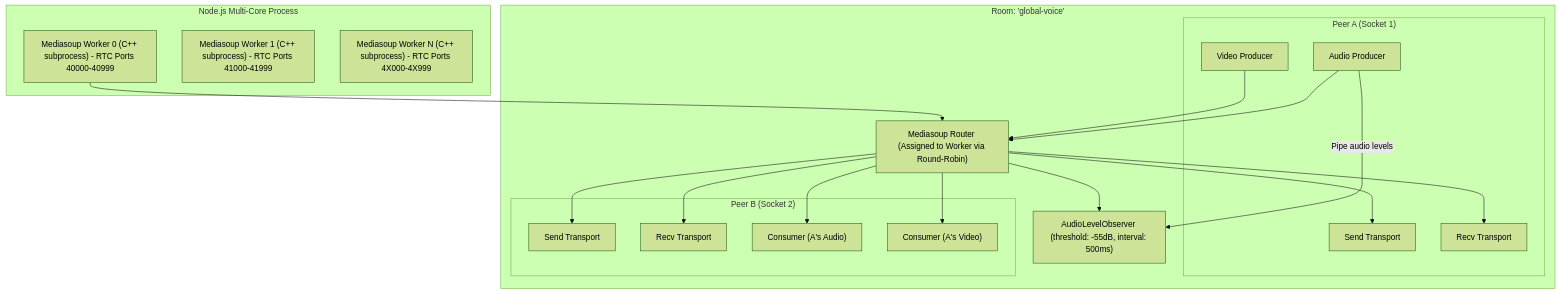
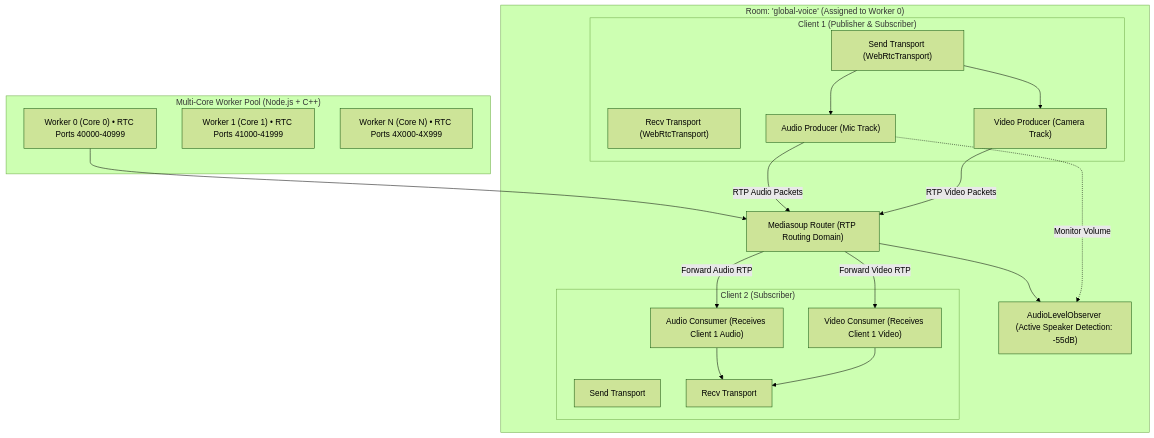
Before and after one commit to sulaimankhan8/demo-discord: the fourth of 4 diagrams in docs/02_WEBRTC_AUDIO_VIDEO_DEEP_DIVE.md, drawn with Mermaid (forest theme). The commit also changed other lines of this file, not shown here.

````diff
--- a/docs/02_WEBRTC_AUDIO_VIDEO_DEEP_DIVE.md
+++ b/docs/02_WEBRTC_AUDIO_VIDEO_DEEP_DIVE.md
@@ -88,40 +249,37 @@
 ```mermaid
 flowchart TD
-    subgraph MultiCore["Node.js Multi-Core Process"]
-        W0["Mediasoup Worker 0 (C++ subprocess) - RTC Ports 40000-40999"]
-        W1["Mediasoup Worker 1 (C++ subprocess) - RTC Ports 41000-41999"]
-        WN["Mediasoup Worker N (C++ subprocess) - RTC Ports 4X000-4X999"]
+    subgraph MultiCore["Multi-Core Worker Pool (Node.js + C++)"]
+        W0["Worker 0 (Core 0) • RTC Ports 40000-40999"]
+        W1["Worker 1 (Core 1) • RTC Ports 41000-41999"]
+        WN["Worker N (Core N) • RTC Ports 4X000-4X999"]
     end
 
-    subgraph RoomState["Room: 'global-voice'"]
-        Router["Mediasoup Router (Assigned to Worker via Round-Robin)"]
-        AudioObs["AudioLevelObserver (threshold: -55dB, interval: 500ms)"]
-        
-        subgraph PeerA["Peer A (Socket 1)"]
-            SendT_A["Send Transport"]
-            RecvT_A["Recv Transport"]
-            Prod_AudioA["Audio Producer"]
-            Prod_VideoA["Video Producer"]
+    subgraph ChannelRoom["Room: 'global-voice' (Assigned to Worker 0)"]
+        Router["Mediasoup Router (RTP Routing Domain)"]
+        AudioObs["AudioLevelObserver (Active Speaker Detection: -55dB)"]
+
+        subgraph Client1["Client 1 (Publisher & Subscriber)"]
+            SendT1["Send Transport (WebRtcTransport)"]
+            RecvT1["Recv Transport (WebRtcTransport)"]
+            ProdA1["Audio Producer (Mic Track)"]
+            ProdV1["Video Producer (Camera Track)"]
         end
-        
-        subgraph PeerB["Peer B (Socket 2)"]
-            SendT_B["Send Transport"]
-            RecvT_B["Recv Transport"]
-            Cons_AudioB["Consumer (A's Audio)"]
-            Cons_VideoB["Consumer (A's Video)"]
+
+        subgraph Client2["Client 2 (Subscriber)"]
+            SendT2["Send Transport"]
+            RecvT2["Recv Transport"]
+            ConsA2["Audio Consumer (Receives Client 1 Audio)"]
+            ConsV2["Video Consumer (Receives Client 1 Video)"]
         end
     end
 
     W0 --> Router
     Router --> AudioObs
-    Router --> SendT_A
-    Router --> RecvT_A
-    Router --> SendT_B
-    Router --> RecvT_B
-
-    Prod_AudioA --> Router
-    Prod_VideoA --> Router
-    Router --> Cons_AudioB
-    Router --> Cons_VideoB
-    Prod_AudioA -->|Pipe audio levels| AudioObs
+    SendT1 --> ProdA1 & ProdV1
+    ProdA1 -->|RTP Audio Packets| Router
+    ProdV1 -->|RTP Video Packets| Router
+    Router -->|Forward Audio RTP| ConsA2
+    Router -->|Forward Video RTP| ConsV2
+    ConsA2 & ConsV2 --> RecvT2
+    ProdA1 -.->|Monitor Volume| AudioObs
 ```
````
